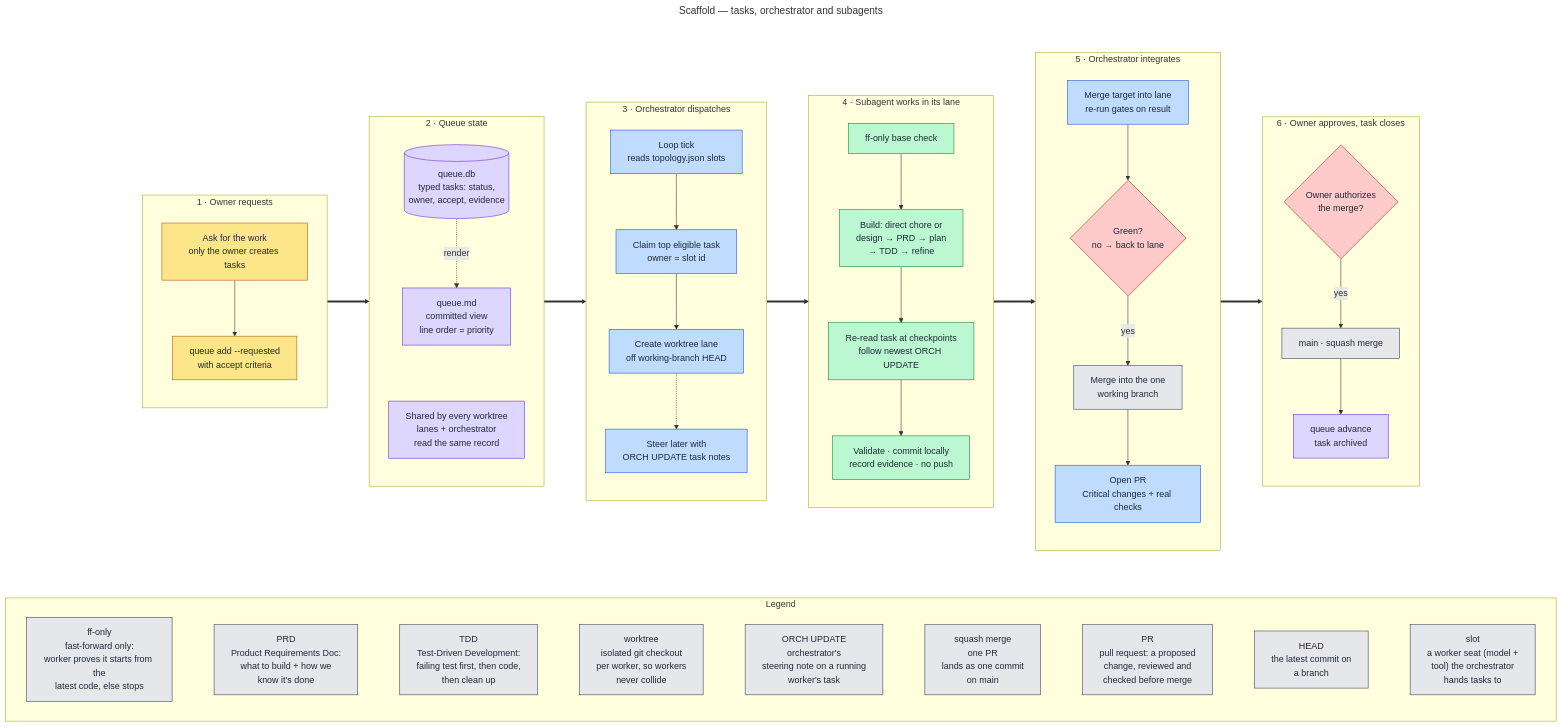
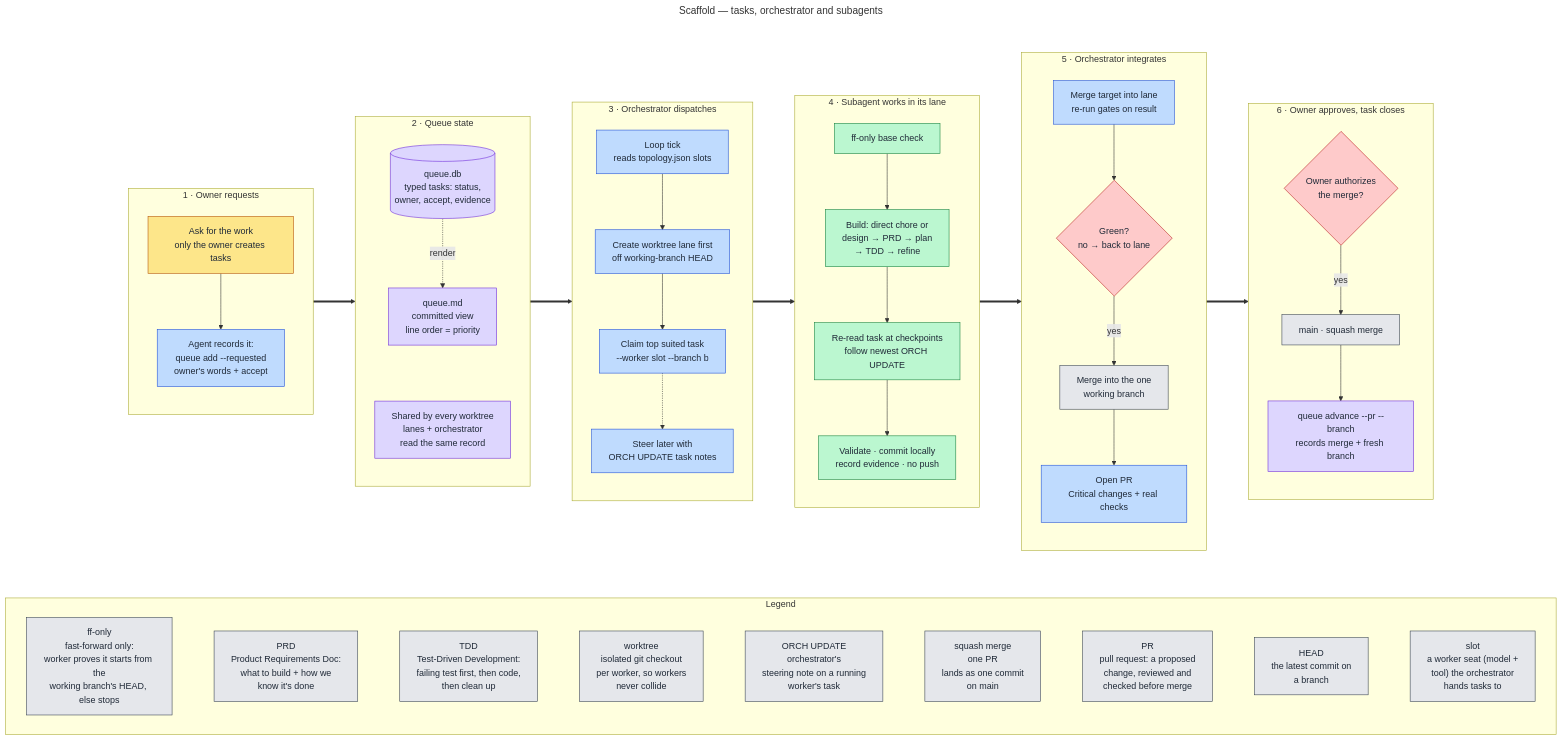
Before and after one commit to victusfate/scaffold: the diagram in docs/diagrams/src/orchestration.mmd, drawn with Mermaid. The commit also changed 21 other files, not shown here.

First line of the commit message:
docs(diagrams): accuracy fixes from a per-diagram source review

```diff
--- a/docs/diagrams/src/orchestration.mmd
+++ b/docs/diagrams/src/orchestration.mmd
@@ -1,88 +1,88 @@
 ---
 title: Scaffold — tasks, orchestrator and subagents
 ---
 flowchart TB
   classDef owner fill:#fde68a,stroke:#b45309,color:#1f2937
   classDef orch fill:#bfdbfe,stroke:#1d4ed8,color:#1f2937
   classDef state fill:#ddd6fe,stroke:#6d28d9,color:#1f2937
   classDef lane fill:#bbf7d0,stroke:#15803d,color:#1f2937
   classDef git fill:#e5e7eb,stroke:#374151,color:#1f2937
   classDef gate fill:#fecaca,stroke:#b91c1c,color:#1f2937
 
   %% Edges run between stage subgraphs (not inner nodes) so each stage keeps
   %% its own top-to-bottom direction and the whole image stays landscape.
 
   subgraph FLOW[" "]
   direction LR
 
   subgraph OWNER["1 · Owner requests"]
     direction TB
     O1["Ask for the work<br/>only the owner creates tasks"]:::owner
-    O0["queue add --requested<br/>with accept criteria"]:::owner
+    O0["Agent records it:<br/>queue add --requested<br/>owner's words + accept"]:::orch
     O1 --> O0
   end
 
   subgraph QUEUE["2 · Queue state"]
     direction TB
     Q1[("queue.db<br/>typed tasks: status,<br/>owner, accept, evidence")]:::state
     Q2["queue.md<br/>committed view<br/>line order = priority"]:::state
     Q3["Shared by every worktree<br/>lanes + orchestrator<br/>read the same record"]:::state
     Q1 -.render.-> Q2
     Q2 ~~~ Q3
   end
 
   subgraph DISPATCH["3 · Orchestrator dispatches"]
     direction TB
     T["Loop tick<br/>reads topology.json slots"]:::orch
-    C["Claim top eligible task<br/>owner = slot id"]:::orch
-    W["Create worktree lane<br/>off working-branch HEAD"]:::orch
+    C["Claim top suited task<br/>--worker slot --branch b"]:::orch
+    W["Create worktree lane first<br/>off working-branch HEAD"]:::orch
     U["Steer later with<br/>ORCH UPDATE task notes"]:::orch
-    T --> C --> W
-    W -.-> U
+    T --> W --> C
+    C -.-> U
   end
 
   subgraph LANE["4 · Subagent works in its lane"]
     direction TB
     S1["ff-only base check"]:::lane
     S2["Build: direct chore or<br/>design → PRD → plan<br/>→ TDD → refine"]:::lane
     S3["Re-read task at checkpoints<br/>follow newest ORCH UPDATE"]:::lane
     S4["Validate · commit locally<br/>record evidence · no push"]:::lane
     S1 --> S2 --> S3 --> S4
   end
 
   subgraph INTEGRATE["5 · Orchestrator integrates"]
     direction TB
     I["Merge target into lane<br/>re-run gates on result"]:::orch
     G{"Green?<br/>no → back to lane"}:::gate
     B["Merge into the one<br/>working branch"]:::git
     PR["Open PR<br/>Critical changes + real checks"]:::orch
     I --> G -->|yes| B --> PR
   end
 
   subgraph SHIP["6 · Owner approves, task closes"]
     direction TB
     O2{"Owner authorizes<br/>the merge?"}:::gate
     M["main · squash merge"]:::git
-    A["queue advance<br/>task archived"]:::state
+    A["queue advance --pr --branch<br/>records merge + fresh branch"]:::state
     O2 -->|yes| M --> A
   end
 
   OWNER ==> QUEUE ==> DISPATCH ==> LANE ==> INTEGRATE ==> SHIP
   end
   style FLOW fill:none,stroke:none
 
   subgraph LEGEND["Legend"]
     direction LR
-    L1["ff-only<br/>fast-forward only:<br/>worker proves it starts from the<br/>latest code, else stops"]:::git
+    L1["ff-only<br/>fast-forward only:<br/>worker proves it starts from the<br/>working branch's HEAD, else stops"]:::git
     L2["PRD<br/>Product Requirements Doc:<br/>what to build + how we<br/>know it's done"]:::git
     L3["TDD<br/>Test-Driven Development:<br/>failing test first, then code,<br/>then clean up"]:::git
     L4["worktree<br/>isolated git checkout<br/>per worker, so workers<br/>never collide"]:::git
     L5["ORCH UPDATE<br/>orchestrator's<br/>steering note on a running<br/>worker's task"]:::git
     L6["squash merge<br/>one PR<br/>lands as one commit<br/>on main"]:::git
     L7["PR<br/>pull request: a proposed<br/>change, reviewed and<br/>checked before merge"]:::git
     L8["HEAD<br/>the latest commit on<br/>a branch"]:::git
     L9["slot<br/>a worker seat (model +<br/>tool) the orchestrator<br/>hands tasks to"]:::git
     L1 ~~~ L2 ~~~ L3 ~~~ L4 ~~~ L5 ~~~ L6 ~~~ L7 ~~~ L8 ~~~ L9
   end
 
   FLOW ~~~ LEGEND
```
